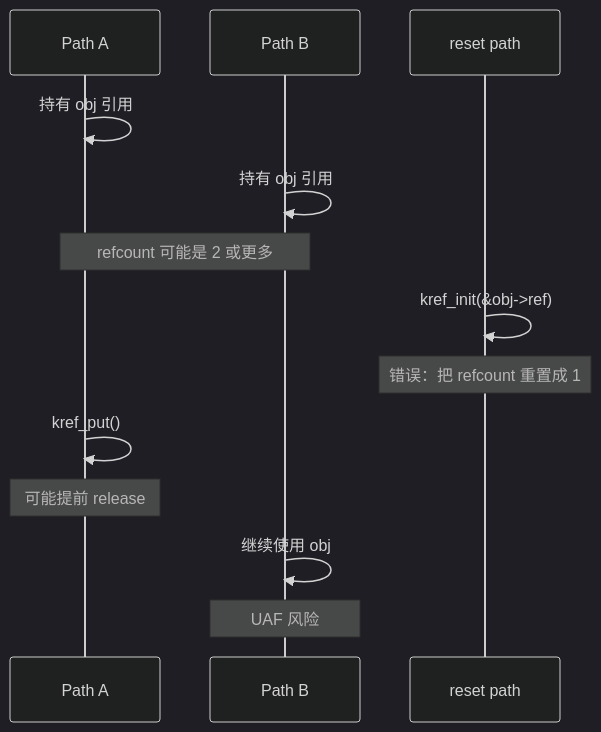
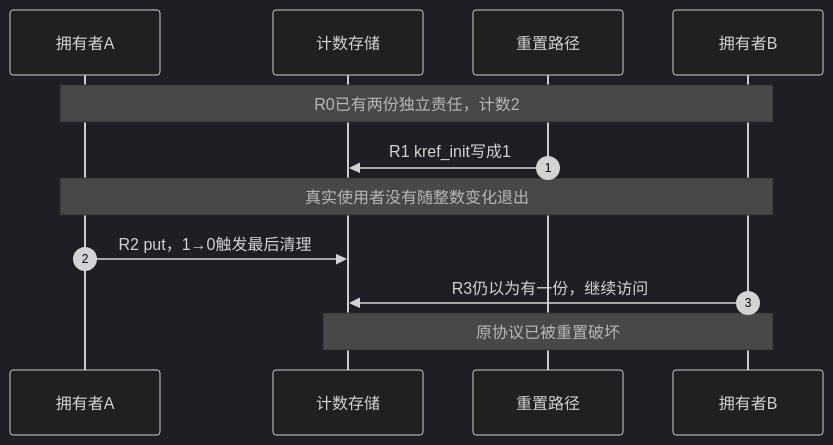
Before and after one commit to FormingSystem/linux_note: the tenth of 15 diagrams in knowledge/linux/object_lifetime/kref/P12_典型错误模式与调试线索.md, drawn with Mermaid (dark theme). The commit also changed other lines of this file and 12 other files, not shown here.

````diff
--- a/knowledge/linux/object_lifetime/kref/P12_典型错误模式与调试线索.md
+++ b/knowledge/linux/object_lifetime/kref/P12_典型错误模式与调试线索.md
@@ -909,19 +870,14 @@
 ```mermaid
 sequenceDiagram
-    participant A as Path A
-    participant B as Path B
-    participant C as reset path
-
-    A->>A: 持有 obj 引用
-    B->>B: 持有 obj 引用
-    Note over A,B: refcount 可能是 2 或更多
-
-    C->>C: kref_init(&obj->ref)
-    Note over C: 错误：把 refcount 重置成 1
-
-    A->>A: kref_put()
-    Note over A: 可能提前 release
-
-    B->>B: 继续使用 obj
-    Note over B: UAF 风险
+    autonumber
+    participant A as 拥有者A
+    participant R as 计数存储
+    participant X as 重置路径
+    participant B as 拥有者B
+    Note over A,B: R0已有两份独立责任，计数2
+    X->>R: R1 kref_init写成1
+    Note over A,B: 真实使用者没有随整数变化退出
+    A->>R: R2 put，1→0触发最后清理
+    B->>R: R3仍以为有一份，继续访问
+    Note over B,R: 原协议已被重置破坏
 ```
````
